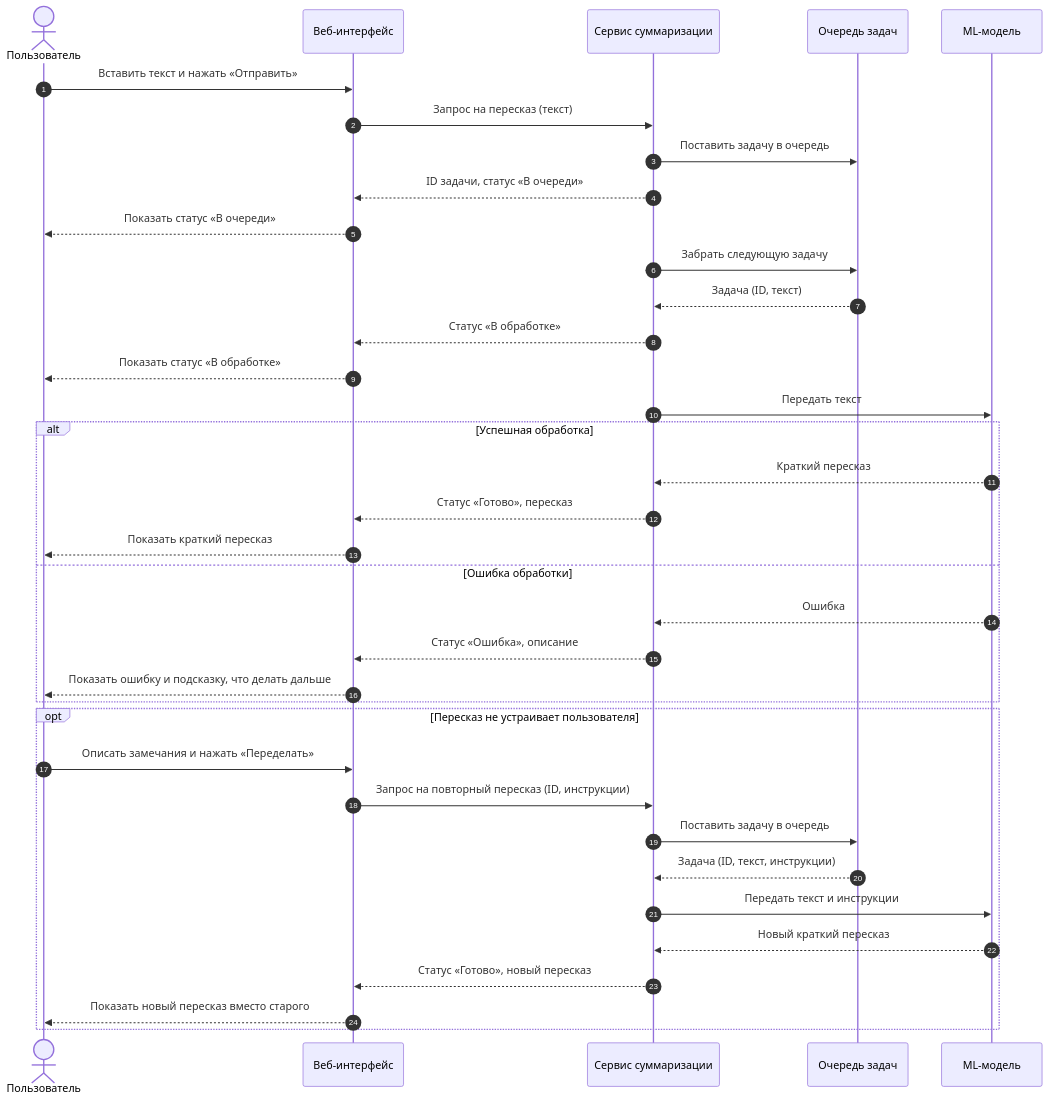
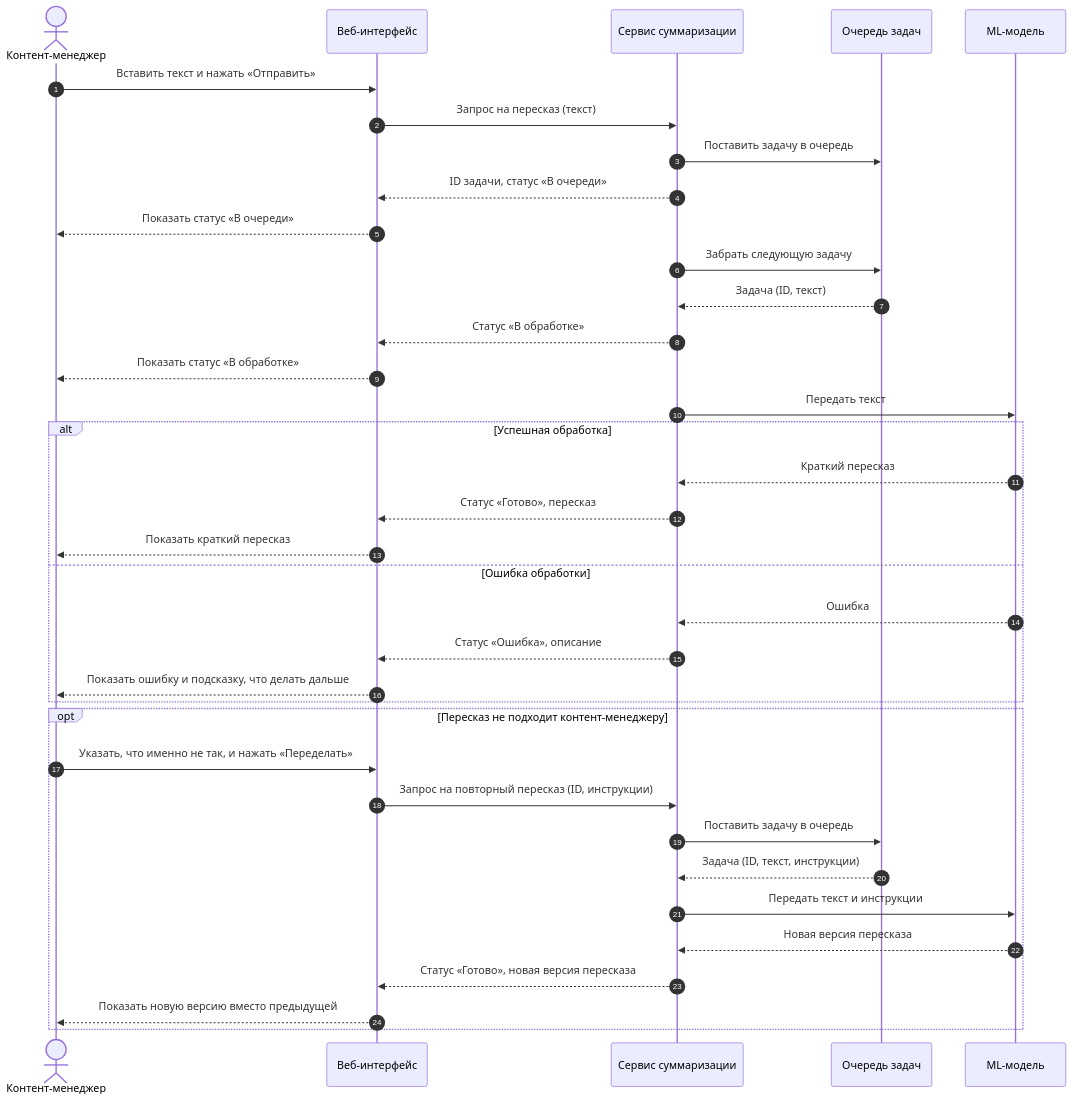
One commit to Boroda-v-goroshek/docs-as-code changed the first of 2 diagrams in docs/project/diagrams.md. Above: the diagram before and after it, drawn with Mermaid. The commit also changed other lines of this file and 2 other files, not shown here.

````diff
--- a/docs/project/diagrams.md
+++ b/docs/project/diagrams.md
@@ -9,42 +9,42 @@
 ```mermaid
 sequenceDiagram
     autonumber
-    actor User as Пользователь
+    actor User as Контент-менеджер
     participant UI as Веб-интерфейс
     participant Service as Сервис суммаризации
     participant Queue as Очередь задач
     participant Model as ML-модель
 
     User->>UI: Вставить текст и нажать «Отправить»
     UI->>Service: Запрос на пересказ (текст)
     Service->>Queue: Поставить задачу в очередь
     Service-->>UI: ID задачи, статус «В очереди»
     UI-->>User: Показать статус «В очереди»
 
     Service->>Queue: Забрать следующую задачу
     Queue-->>Service: Задача (ID, текст)
     Service-->>UI: Статус «В обработке»
     UI-->>User: Показать статус «В обработке»
 
     Service->>Model: Передать текст
     alt Успешная обработка
         Model-->>Service: Краткий пересказ
         Service-->>UI: Статус «Готово», пересказ
         UI-->>User: Показать краткий пересказ
     else Ошибка обработки
         Model-->>Service: Ошибка
         Service-->>UI: Статус «Ошибка», описание
         UI-->>User: Показать ошибку и подсказку, что делать дальше
     end
 
-    opt Пересказ не устраивает пользователя
-        User->>UI: Описать замечания и нажать «Переделать»
+    opt Пересказ не подходит контент-менеджеру
+        User->>UI: Указать, что именно не так, и нажать «Переделать»
         UI->>Service: Запрос на повторный пересказ (ID, инструкции)
         Service->>Queue: Поставить задачу в очередь
         Queue-->>Service: Задача (ID, текст, инструкции)
         Service->>Model: Передать текст и инструкции
-        Model-->>Service: Новый краткий пересказ
-        Service-->>UI: Статус «Готово», новый пересказ
-        UI-->>User: Показать новый пересказ вместо старого
+        Model-->>Service: Новая версия пересказа
+        Service-->>UI: Статус «Готово», новая версия пересказа
+        UI-->>User: Показать новую версию вместо предыдущей
     end
 ```
````
